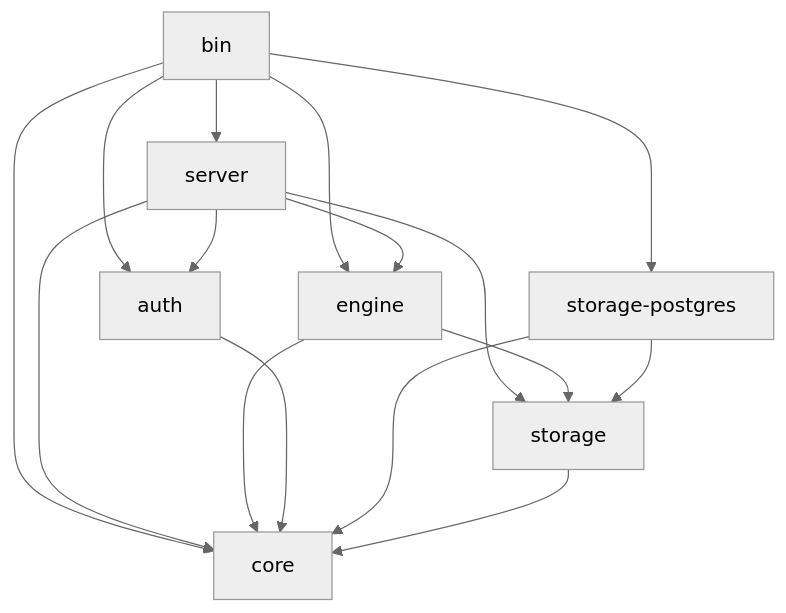
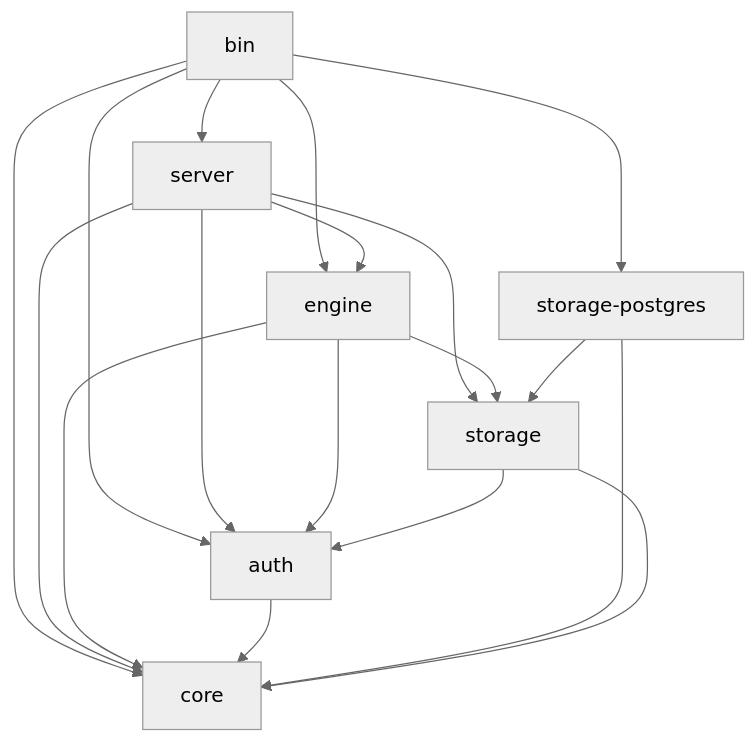
Before and after one commit to ExtendDB/extenddb: the first of 2 diagrams in docs/design/02-high-level-design.md, drawn with Mermaid (neutral theme). The commit also changed other lines of this file and 1 other file, not shown here.

````diff
--- a/docs/design/02-high-level-design.md
+++ b/docs/design/02-high-level-design.md
@@ -141,23 +141,25 @@
 ```mermaid
 graph TD
     BIN[bin] --> SERVER[server]
     BIN --> STORAGE_PG[storage-postgres]
     BIN --> AUTH[auth]
     BIN --> ENGINE[engine]
     BIN --> CORE[core]
 
     SERVER --> ENGINE
     SERVER --> CORE
     SERVER --> AUTH
     SERVER --> STORAGE[storage]
 
     ENGINE --> CORE
     ENGINE --> STORAGE
+    ENGINE --> AUTH
 
     AUTH --> CORE
 
     STORAGE_PG --> STORAGE
     STORAGE_PG --> CORE
 
     STORAGE --> CORE
+    STORAGE --> AUTH
 ```
````
